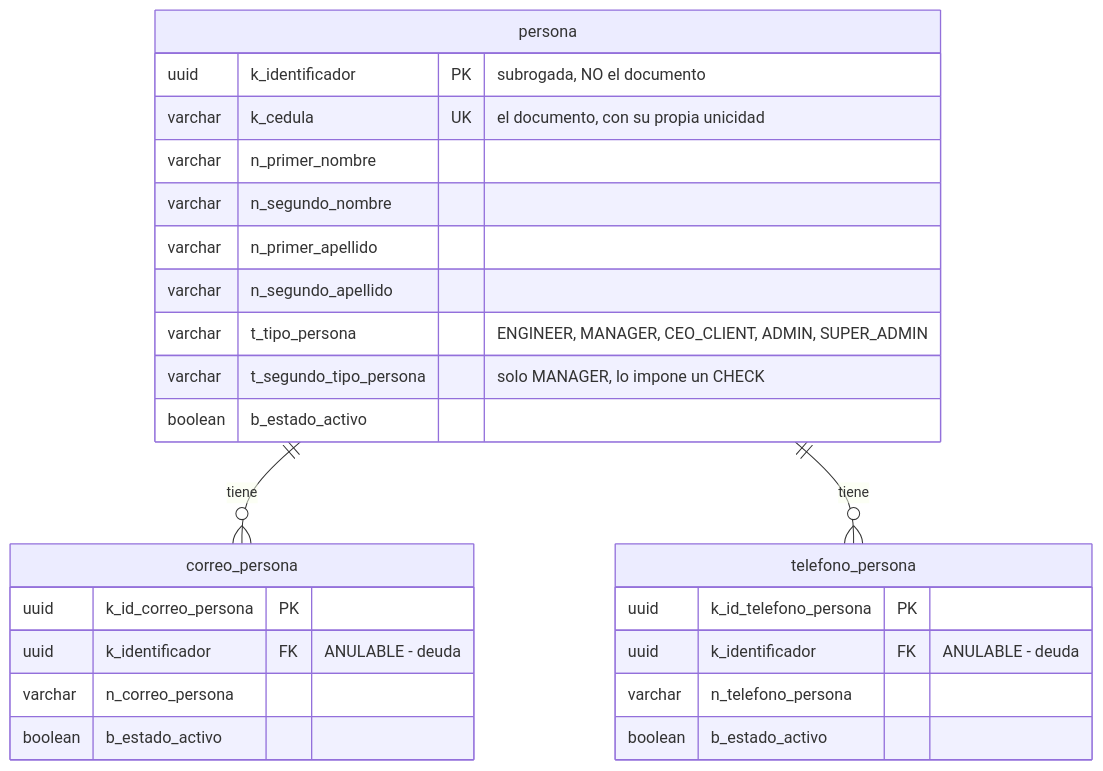
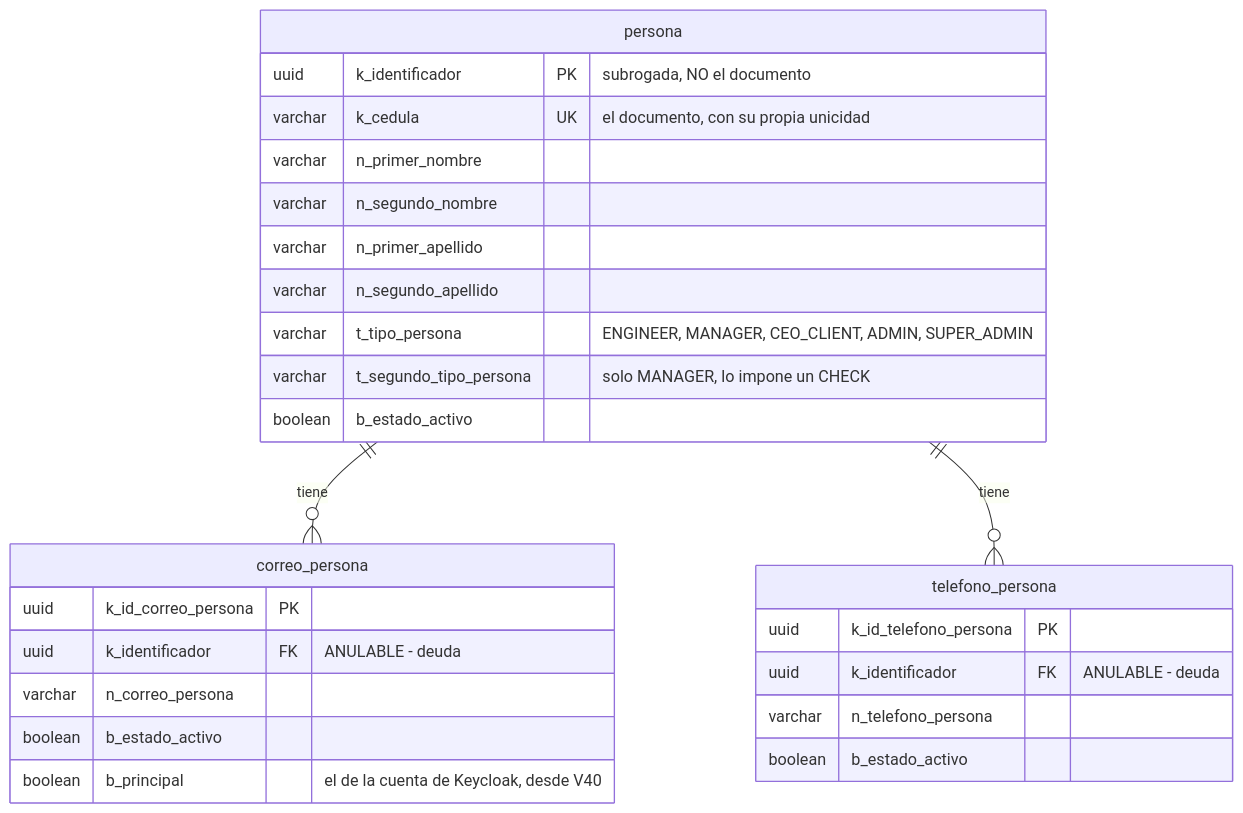
Before and after one commit to SeanBol222/MalphasOs: the third of 10 diagrams in SecondBrain/wiki/base-de-datos/esquema-bd-malphasos.md, drawn with Mermaid. The commit also changed other lines of this file and 4 other files, not shown here.

````diff
--- a/SecondBrain/wiki/base-de-datos/esquema-bd-malphasos.md
+++ b/SecondBrain/wiki/base-de-datos/esquema-bd-malphasos.md
@@ -280,28 +280,29 @@
 ```mermaid
 erDiagram
     persona ||--o{ correo_persona : "tiene"
     persona ||--o{ telefono_persona : "tiene"
     persona {
         uuid k_identificador PK "subrogada, NO el documento"
         varchar k_cedula UK "el documento, con su propia unicidad"
         varchar n_primer_nombre
         varchar n_segundo_nombre
         varchar n_primer_apellido
         varchar n_segundo_apellido
         varchar t_tipo_persona "ENGINEER, MANAGER, CEO_CLIENT, ADMIN, SUPER_ADMIN"
         varchar t_segundo_tipo_persona "solo MANAGER, lo impone un CHECK"
         boolean b_estado_activo
     }
     correo_persona {
         uuid k_id_correo_persona PK
         uuid k_identificador FK "ANULABLE - deuda"
         varchar n_correo_persona
         boolean b_estado_activo
+        boolean b_principal "el de la cuenta de Keycloak, desde V40"
     }
     telefono_persona {
         uuid k_id_telefono_persona PK
         uuid k_identificador FK "ANULABLE - deuda"
         varchar n_telefono_persona
         boolean b_estado_activo
     }
 ```
````
